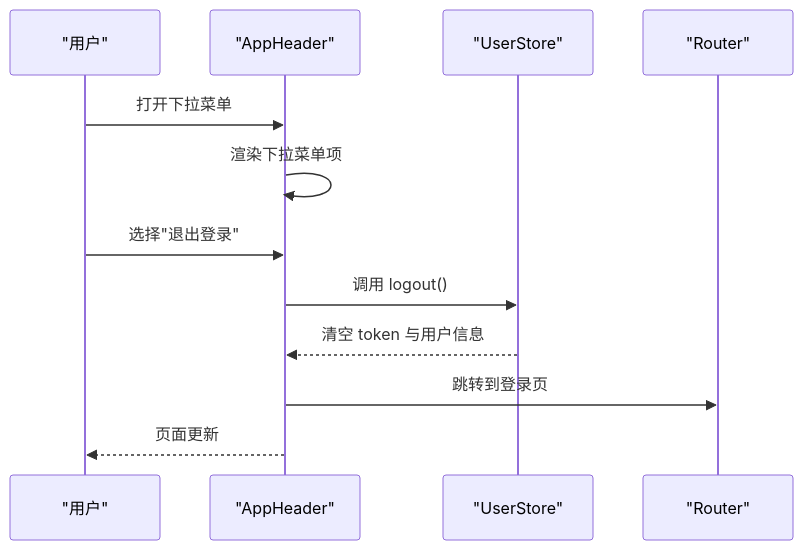
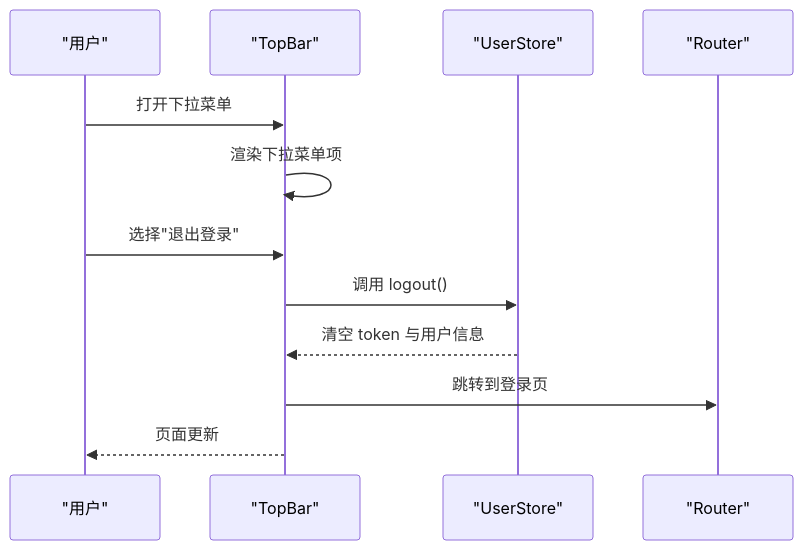
The third of 7 diagrams in .AI/Wiki/Web 管理后台/UI 组件库.md (War-Blood/WX_APP_OA), drawn with Mermaid before and after one commit. The commit also changed other lines of this file and 107 other files, not shown here.

````diff
--- a/.AI/Wiki/Web 管理后台/UI 组件库.md
+++ b/.AI/Wiki/Web 管理后台/UI 组件库.md
@@ -174,14 +174,14 @@
 ```mermaid
 sequenceDiagram
 participant U as "用户"
-participant H as "AppHeader"
+participant H as "TopBar"
 participant US as "UserStore"
 participant R as "Router"
 U->>H : 打开下拉菜单
 H->>H : 渲染下拉菜单项
 U->>H : 选择"退出登录"
 H->>US : 调用 logout()
 US-->>H : 清空 token 与用户信息
 H->>R : 跳转到登录页
 H-->>U : 页面更新
 ```
````
